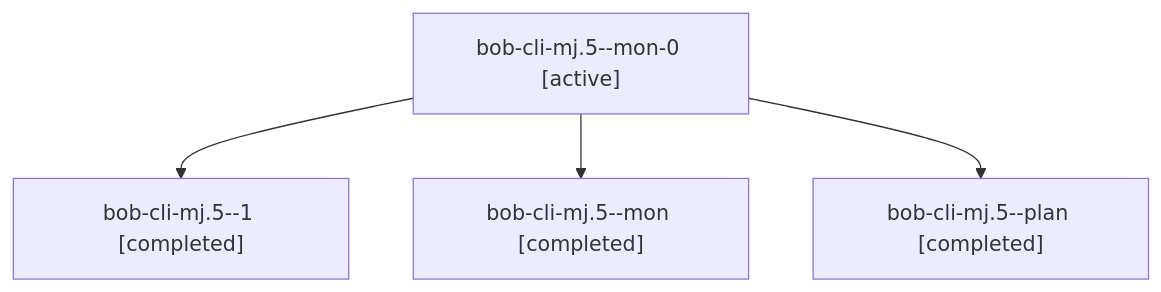
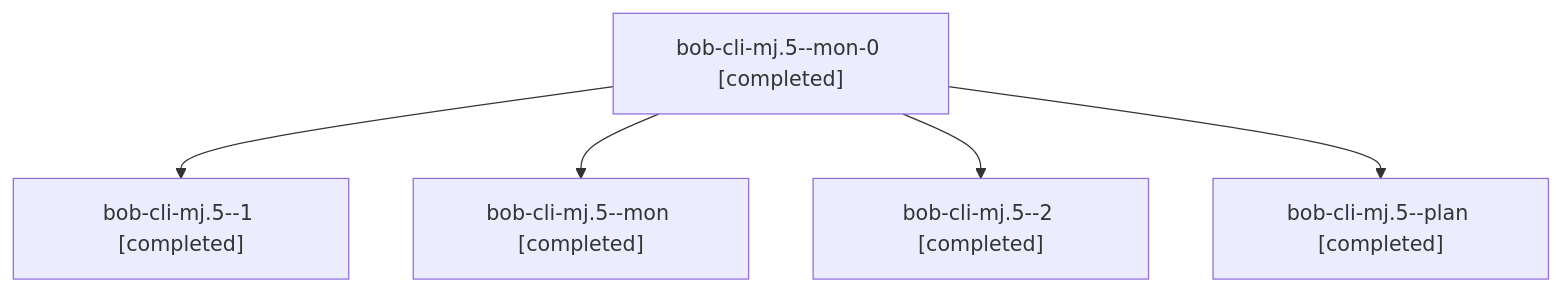
The diagram in sessions/bbugyi200.athena.bob-cli-mj.5.md (bobs-org/bob-cli--agents), drawn with Mermaid before and after one commit. The commit also changed other lines of this file and 33 other files, not shown here.

````diff
--- a/sessions/bbugyi200.athena.bob-cli-mj.5.md
+++ b/sessions/bbugyi200.athena.bob-cli-mj.5.md
@@ -9,10 +9,12 @@
 ```mermaid
 flowchart TD
-  n0["bob-cli-mj.5--mon-0 [active]"]
+  n0["bob-cli-mj.5--mon-0 [completed]"]
   n1["bob-cli-mj.5--1 [completed]"]
   n0 --> n1
   n2["bob-cli-mj.5--mon [completed]"]
   n0 --> n2
-  n3["bob-cli-mj.5--plan [completed]"]
+  n3["bob-cli-mj.5--2 [completed]"]
   n0 --> n3
+  n4["bob-cli-mj.5--plan [completed]"]
+  n0 --> n4
 ```
````
